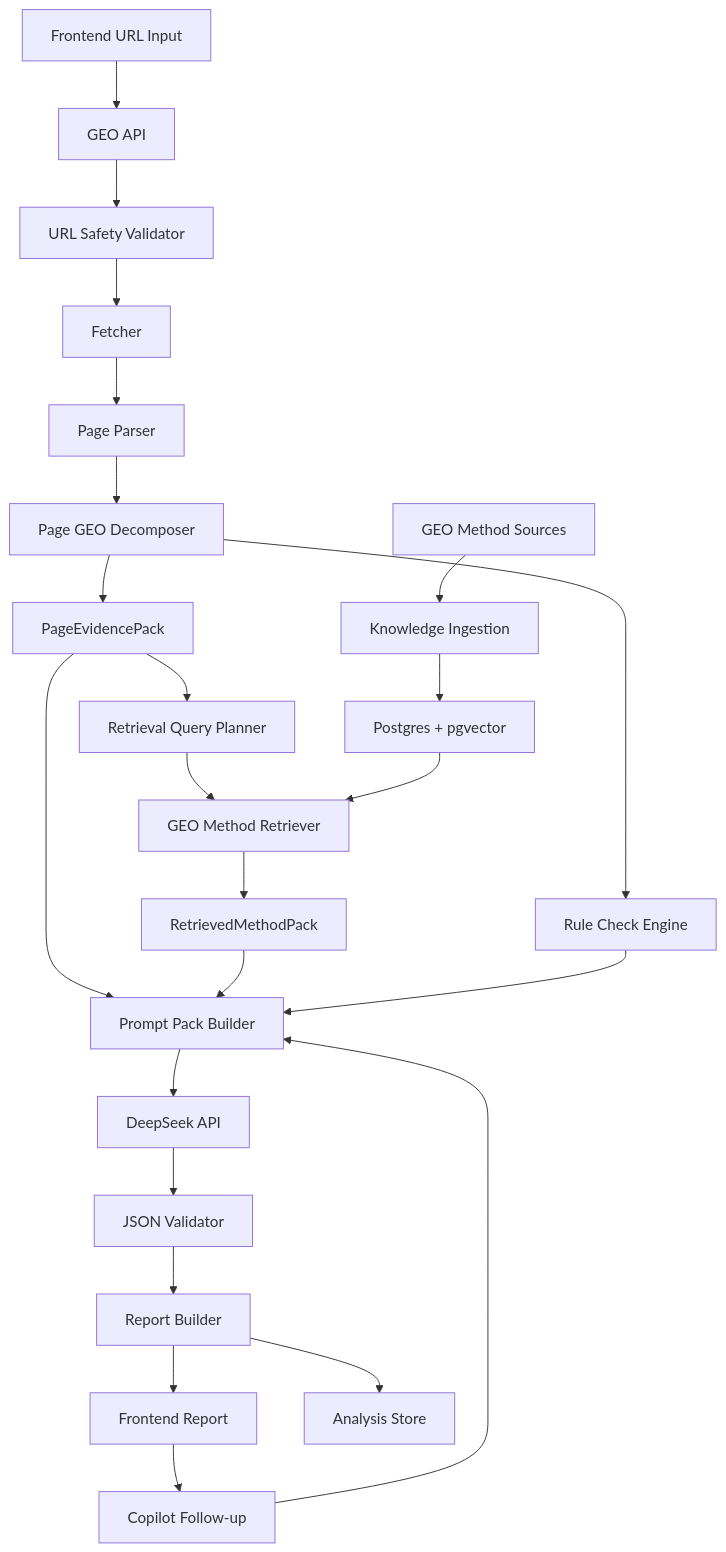
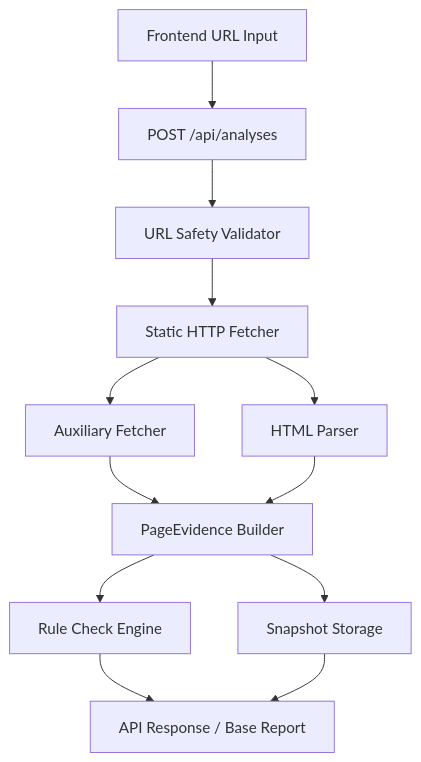
One commit to ai-geo-copilot/geo-copilot changed the first of 2 diagrams in docs/GEO实施路线与架构决策.md. Above: the diagram before and after it, drawn with Mermaid. The commit also changed other lines of this file and 8 other files, not shown here.

````diff
--- a/docs/GEO实施路线与架构决策.md
+++ b/docs/GEO实施路线与架构决策.md
@@ -83,27 +21,14 @@
 ```mermaid
 flowchart TD
-  A["Frontend URL Input"] --> B["GEO API"]
+  A["Frontend URL Input"] --> B["POST /api/analyses"]
   B --> C["URL Safety Validator"]
-  C --> D["Fetcher"]
-  D --> E["Page Parser"]
-  E --> F["Page GEO Decomposer"]
-  F --> G["Rule Check Engine"]
-  F --> H["PageEvidencePack"]
-  H --> I["Retrieval Query Planner"]
-  I --> J["GEO Method Retriever"]
-  J --> K["RetrievedMethodPack"]
-  H --> L["Prompt Pack Builder"]
-  K --> L
-  G --> L
-  L --> M["DeepSeek API"]
-  M --> N["JSON Validator"]
-  N --> O["Report Builder"]
-  O --> P["Frontend Report"]
-  O --> Q["Analysis Store"]
-  P --> R["Copilot Follow-up"]
-  R --> L
-
-  S["GEO Method Sources"] --> T["Knowledge Ingestion"]
-  T --> U["Postgres + pgvector"]
-  U --> J
+  C --> D["Static HTTP Fetcher"]
+  D --> E["Auxiliary Fetcher"]
+  D --> F["HTML Parser"]
+  E --> G["PageEvidence Builder"]
+  F --> G
+  G --> H["Rule Check Engine"]
+  G --> I["Snapshot Storage"]
+  H --> J["API Response / Base Report"]
+  I --> J
 ```
````
